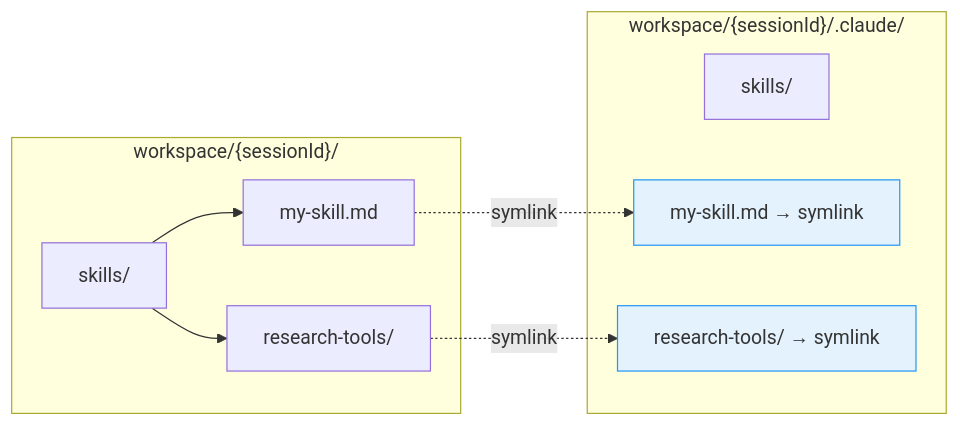
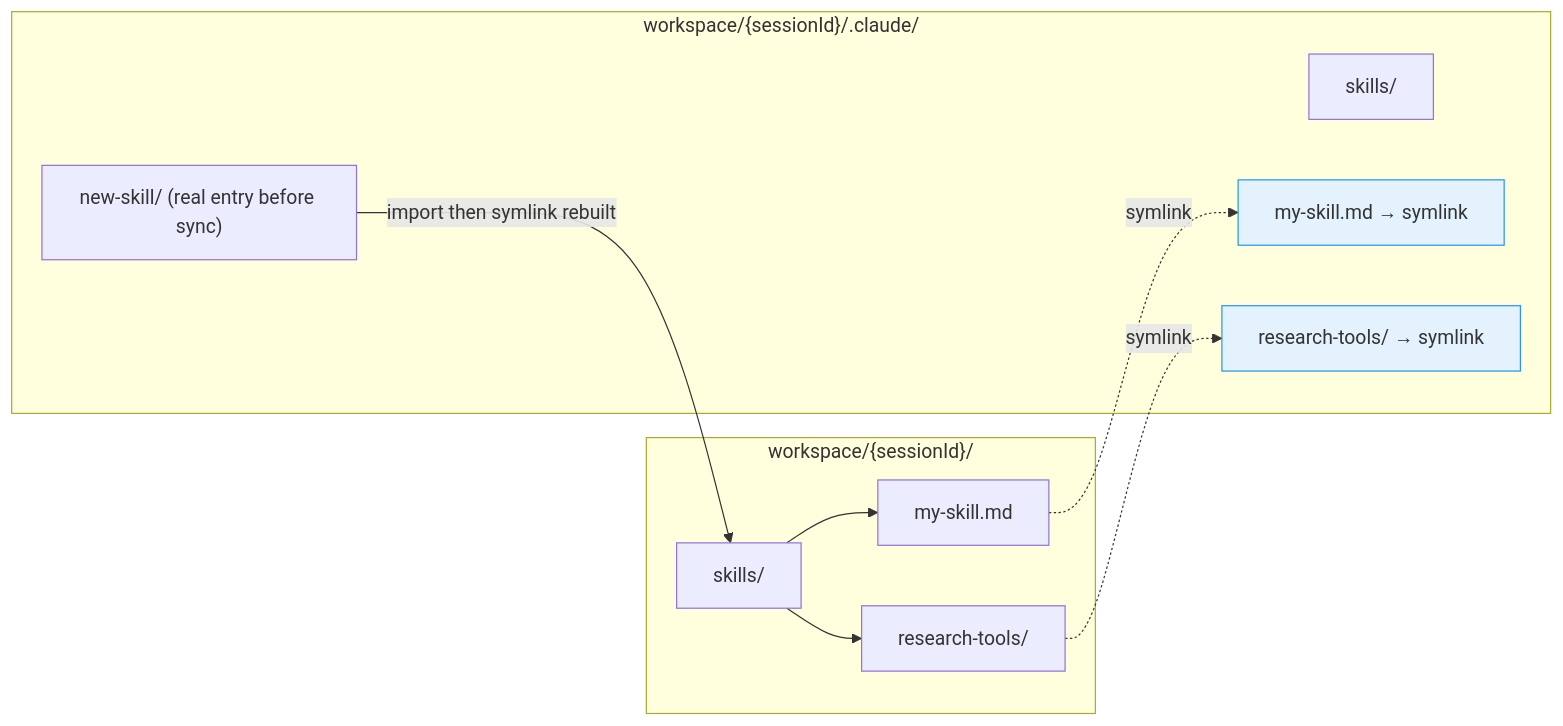
The second of 4 diagrams in docs/design/workspace/workspace-skills-flow.md (glide-the/im-dream), drawn with Mermaid before and after one commit. The commit also changed other lines of this file and 16 other files, not shown here.

````diff
--- a/docs/design/workspace/workspace-skills-flow.md
+++ b/docs/design/workspace/workspace-skills-flow.md
@@ -62,22 +66,24 @@
 ```mermaid
 flowchart LR
     subgraph "workspace/{sessionId}/"
         WS["skills/"]
         S1["my-skill.md"]
         S2["research-tools/"]
     end
 
     subgraph "workspace/{sessionId}/.claude/"
         PS["skills/"]
         L1["my-skill.md → symlink"]
         L2["research-tools/ → symlink"]
+        R1["new-skill/ (real entry before sync)"]
     end
 
     WS --> S1
     WS --> S2
     S1 -.->|symlink| L1
     S2 -.->|symlink| L2
+    R1 -->|import then symlink rebuilt| WS
 
     style L1 fill:#e3f2fd,stroke:#2196f3
     style L2 fill:#e3f2fd,stroke:#2196f3
 ```
````
